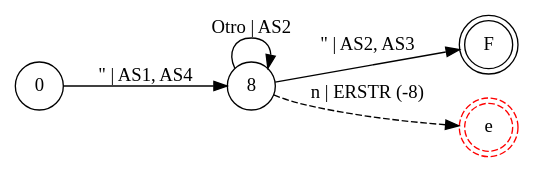
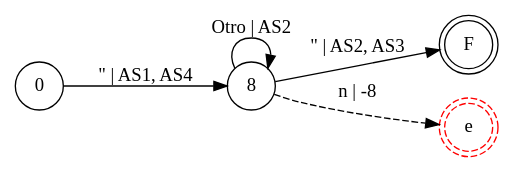
The diagram in resources/diagrams/graphs/strings.dot (iroumec/RouVel-Compiler), drawn with Graphviz before and after one commit. The commit also changed 15 other files, not shown here.

```diff
--- a/resources/diagrams/graphs/strings.dot
+++ b/resources/diagrams/graphs/strings.dot
@@ -1,11 +1,11 @@
 digraph DFA {
     rankdir = LR;
     node [shape = circle;];
     F [shape = doublecircle;];
     eS [shape = doublecircle;style = dashed;color = red;label = "e";];
     
     0 -> 8 [label = "\" | AS1, AS4";];
     8 -> 8 [label = "Otro | AS2";];
     8 -> F [label = "\" | AS2, AS3";];
-    8 -> eS [label = "n | ERSTR (-8)"; style = dashed;];
+    8 -> eS [label = "n | -8"; style = dashed;];
 }
```
